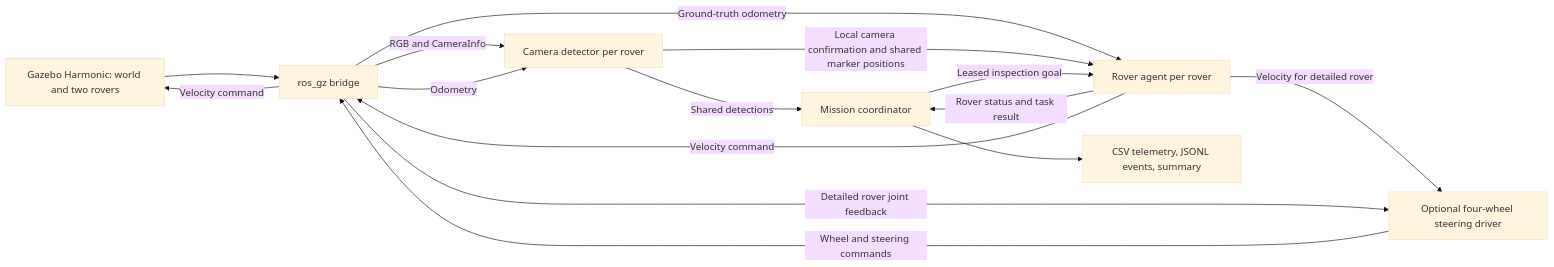
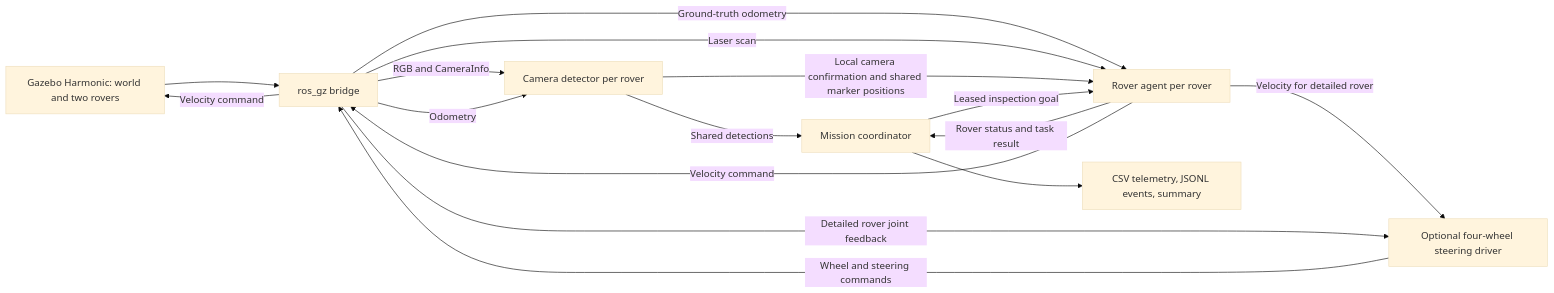
Before and after one commit to pedror1beiro/meec: the diagram in unidades-curriculares/rsdis/projeto/docs/ARCHITECTURE.md, drawn with Mermaid (base theme). The commit also changed other lines of this file and 86 other files, not shown here.

````diff
--- a/unidades-curriculares/rsdis/projeto/docs/ARCHITECTURE.md
+++ b/unidades-curriculares/rsdis/projeto/docs/ARCHITECTURE.md
@@ -3,17 +3,18 @@
 ```mermaid
 flowchart LR
     G[Gazebo Harmonic: world and two rovers] --> B[ros_gz bridge]
     B -->|RGB and CameraInfo| D[Camera detector per rover]
     B -->|Ground-truth odometry| A[Rover agent per rover]
+    B -->|Laser scan| A
     B -->|Odometry| D
     D -->|Shared detections| C[Mission coordinator]
     D -->|Local camera confirmation and shared marker positions| A
     A -->|Rover status and task result| C
     C -->|Leased inspection goal| A
     A -->|Velocity command| B
     A -->|Velocity for detailed rover| V[Optional four-wheel steering driver]
     V -->|Wheel and steering commands| B
     B -->|Detailed rover joint feedback| V
     B -->|Velocity command| G
     C --> M[CSV telemetry, JSONL events, summary]
 ```
````
